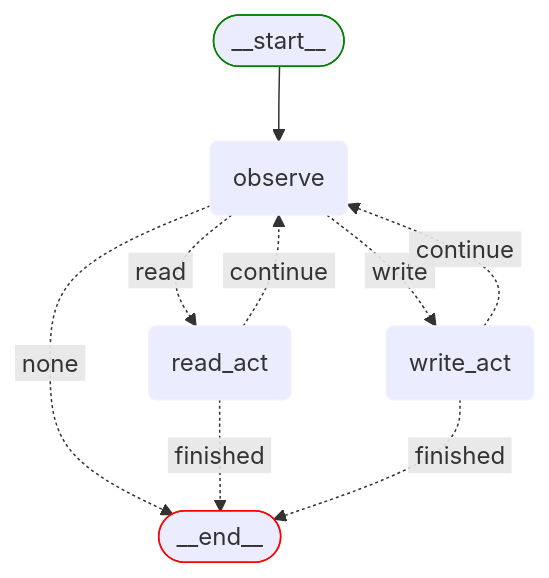
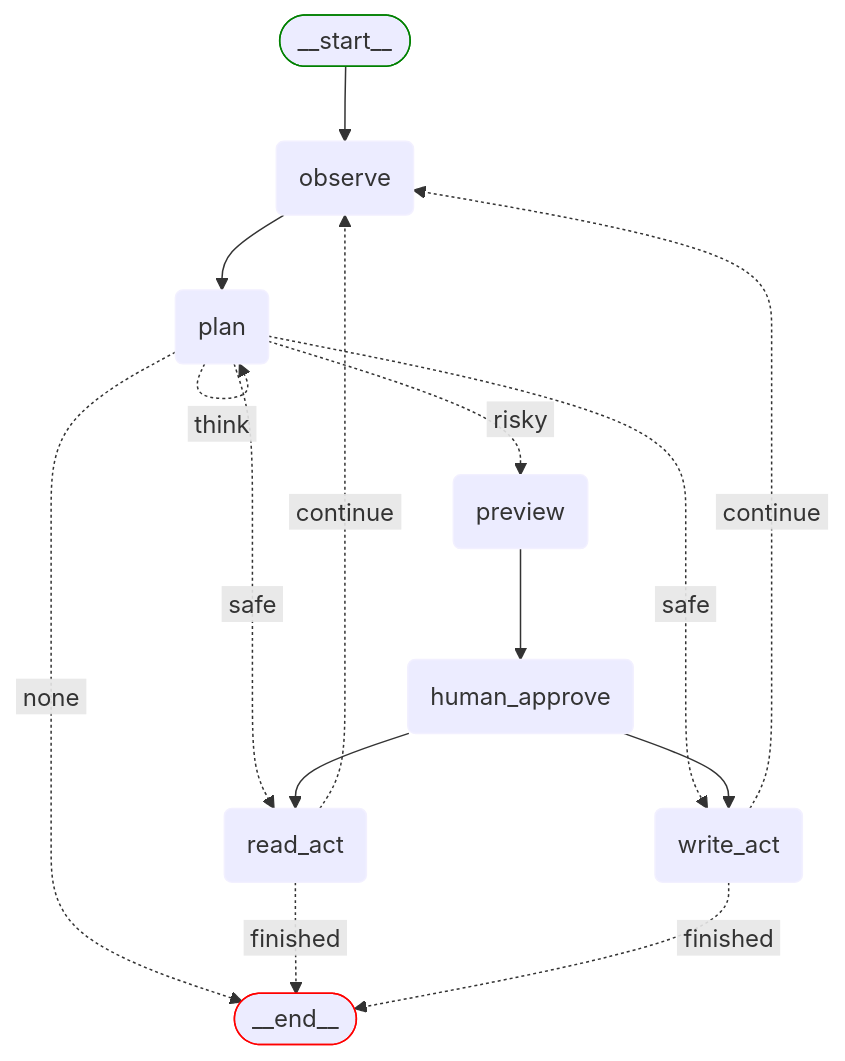
The diagram in backend/src/workflows/fs_agent/README.md (dextersjab/agentic-workbench-langgraph), drawn with Mermaid before and after one commit. The commit also changed other lines of this file and 14 other files, not shown here.

````diff
--- a/backend/src/workflows/fs_agent/README.md
+++ b/backend/src/workflows/fs_agent/README.md
@@ -27,21 +34,30 @@
 ```mermaid
 graph TD;
     __start__([<p>__start__</p>]):::first
     observe(observe)
+    plan(plan)
+    preview(preview)
+    human_approve(human_approve)
     read_act(read_act)
     write_act(write_act)
     __end__([<p>__end__</p>]):::last
 
     __start__ --> observe;
-    observe -. &nbsp;read&nbsp; .-> read_act;
-    observe -. &nbsp;write&nbsp; .-> write_act;
-    observe -. &nbsp;none&nbsp; .-> __end__;
+    observe --> plan;
+    plan -. &nbsp;think&nbsp; .-> plan;
+    plan -. &nbsp;safe&nbsp; .-> read_act;
+    plan -. &nbsp;safe&nbsp; .-> write_act;
+    plan -. &nbsp;risky&nbsp; .-> preview;
+    plan -. &nbsp;none&nbsp; .-> __end__;
+    preview --> human_approve;
+    human_approve --> read_act;
+    human_approve --> write_act;
     read_act -. &nbsp;continue&nbsp; .-> observe;
     read_act -. &nbsp;finished&nbsp; .-> __end__;
     write_act -. &nbsp;continue&nbsp; .-> observe;
     write_act -. &nbsp;finished&nbsp; .-> __end__;
     
     classDef default stroke:#f2f0ff,line-height:1.2
     classDef first stroke:green
     classDef last stroke:red
 ```
````
